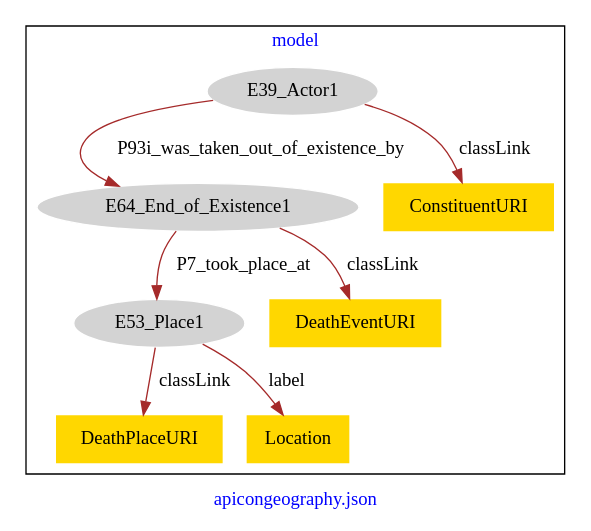
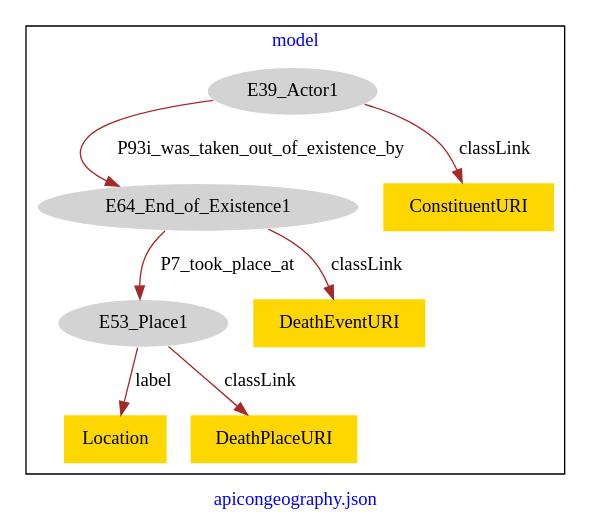
Before and after one commit to american-art/PUAM: the diagram in apicongeography_death/apicongeography-death-model.dot, drawn with Graphviz.

Commit message:
Update file apicongeography-death-model.dot

```diff
--- a/apicongeography_death/apicongeography-death-model.dot
+++ b/apicongeography_death/apicongeography-death-model.dot
@@ -1,21 +1,21 @@
 digraph n0 {
 fontcolor="blue"
 remincross="true"
 label="apicongeography.json"
 subgraph cluster {
 label="model"
 n2[style="filled",color="white",fillcolor="lightgray",label="E39_Actor1"];
 n3[style="filled",color="white",fillcolor="lightgray",label="E64_End_of_Existence1"];
 n4[style="filled",color="white",fillcolor="lightgray",label="E53_Place1"];
-n5[shape="plaintext",style="filled",fillcolor="gold",label="DeathPlaceURI"];
+n5[shape="plaintext",style="filled",fillcolor="gold",label="ConstituentURI"];
 n6[shape="plaintext",style="filled",fillcolor="gold",label="Location"];
-n7[shape="plaintext",style="filled",fillcolor="gold",label="ConstituentURI"];
+n7[shape="plaintext",style="filled",fillcolor="gold",label="DeathPlaceURI"];
 n8[shape="plaintext",style="filled",fillcolor="gold",label="DeathEventURI"];
 }
 n2 -> n3[color="brown",fontcolor="black",label="P93i_was_taken_out_of_existence_by"]
 n3 -> n4[color="brown",fontcolor="black",label="P7_took_place_at"]
-n4 -> n5[color="brown",fontcolor="black",label="classLink"]
+n2 -> n5[color="brown",fontcolor="black",label="classLink"]
 n4 -> n6[color="brown",fontcolor="black",label="label"]
-n2 -> n7[color="brown",fontcolor="black",label="classLink"]
+n4 -> n7[color="brown",fontcolor="black",label="classLink"]
 n3 -> n8[color="brown",fontcolor="black",label="classLink"]
 }
```
